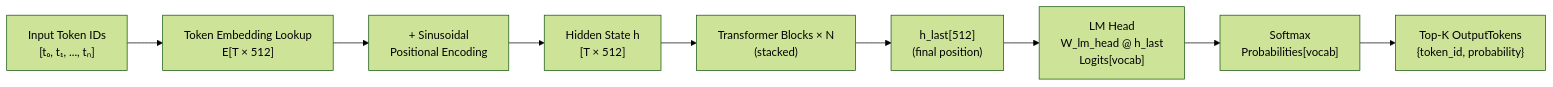
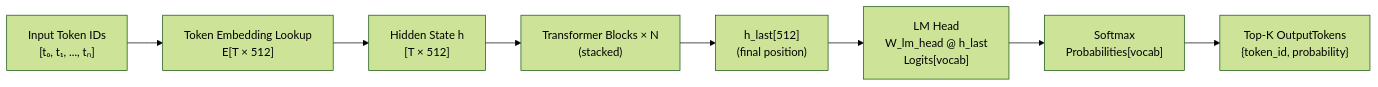
One commit to rsveldema/rllm changed the second of 6 diagrams in architecture.md. Above: the diagram before and after it, drawn with Mermaid (forest theme). The commit also changed other lines of this file and 8 other files, not shown here.

````diff
--- a/architecture.md
+++ b/architecture.md
@@ -48,14 +48,13 @@
 ```mermaid
 graph LR
     Tokens["Input Token IDs\n[t₀, t₁, ..., tₙ]"]
     Embed["Token Embedding Lookup\nE[T × 512]"]
-    PosEnc["+ Sinusoidal\nPositional Encoding"]
     H["Hidden State h\n[T × 512]"]
     Blocks["Transformer Blocks × N\n(stacked)"]
     HLast["h_last[512]\n(final position)"]
     LMHead["LM Head\nW_lm_head @ h_last\nLogits[vocab]"]
     Softmax["Softmax\nProbabilities[vocab]"]
     TopK["Top-K OutputTokens\n{token_id, probability}"]
 
-    Tokens --> Embed --> PosEnc --> H --> Blocks --> HLast --> LMHead --> Softmax --> TopK
+    Tokens --> Embed --> H --> Blocks --> HLast --> LMHead --> Softmax --> TopK
 ```
````
